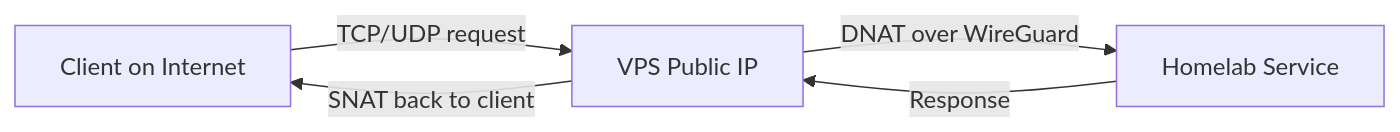
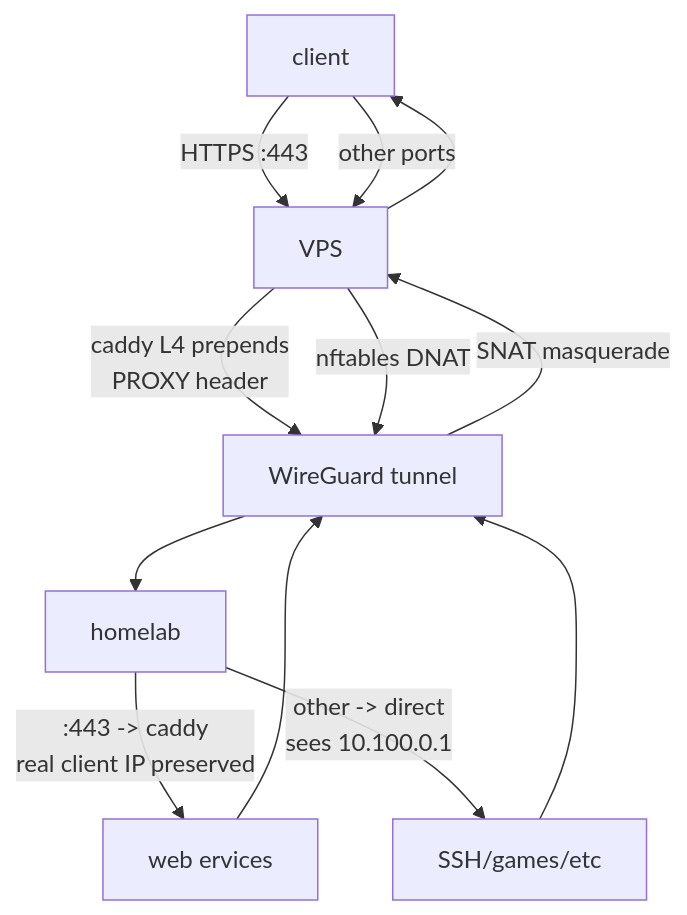
One commit to xhos/nix-wg-proxy changed the diagram in readme.md. Above: the diagram before and after it, drawn with Mermaid. The commit also changed other lines of this file and 7 other files, not shown here.

````diff
--- a/readme.md
+++ b/readme.md
@@ -12,7 +9,18 @@
 ```mermaid
-flowchart LR
-  A[Client on Internet] -->|TCP/UDP request| B[VPS Public IP]
-  B -->|DNAT over WireGuard| C[Homelab Service]
-  C -->|Response| B
-  B -->|SNAT back to client| A
+flowchart TB
+  A[client] -->|HTTPS :443| B[VPS]
+  A -->|other ports| B
+  
+  B -->|caddy L4 prepends<br/>PROXY header| C[WireGuard tunnel]
+  B -->|nftables DNAT| C
+  
+  C --> D[homelab]
+  
+  D -->|:443 -> caddy<br/>real client IP preserved| E[web ervices]
+  D -->|other -> direct<br/>sees 10.100.0.1| F[SSH/games/etc]
+  
+  E --> C
+  F --> C
+  C -->|SNAT masquerade| B
+  B --> A
 ```
````
